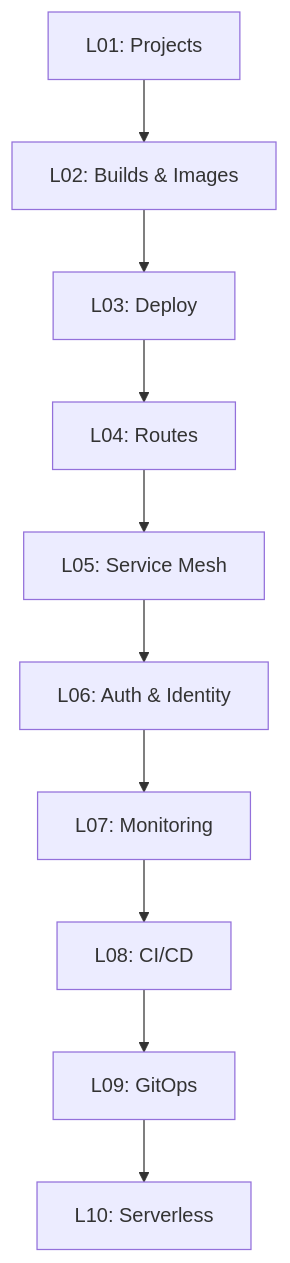
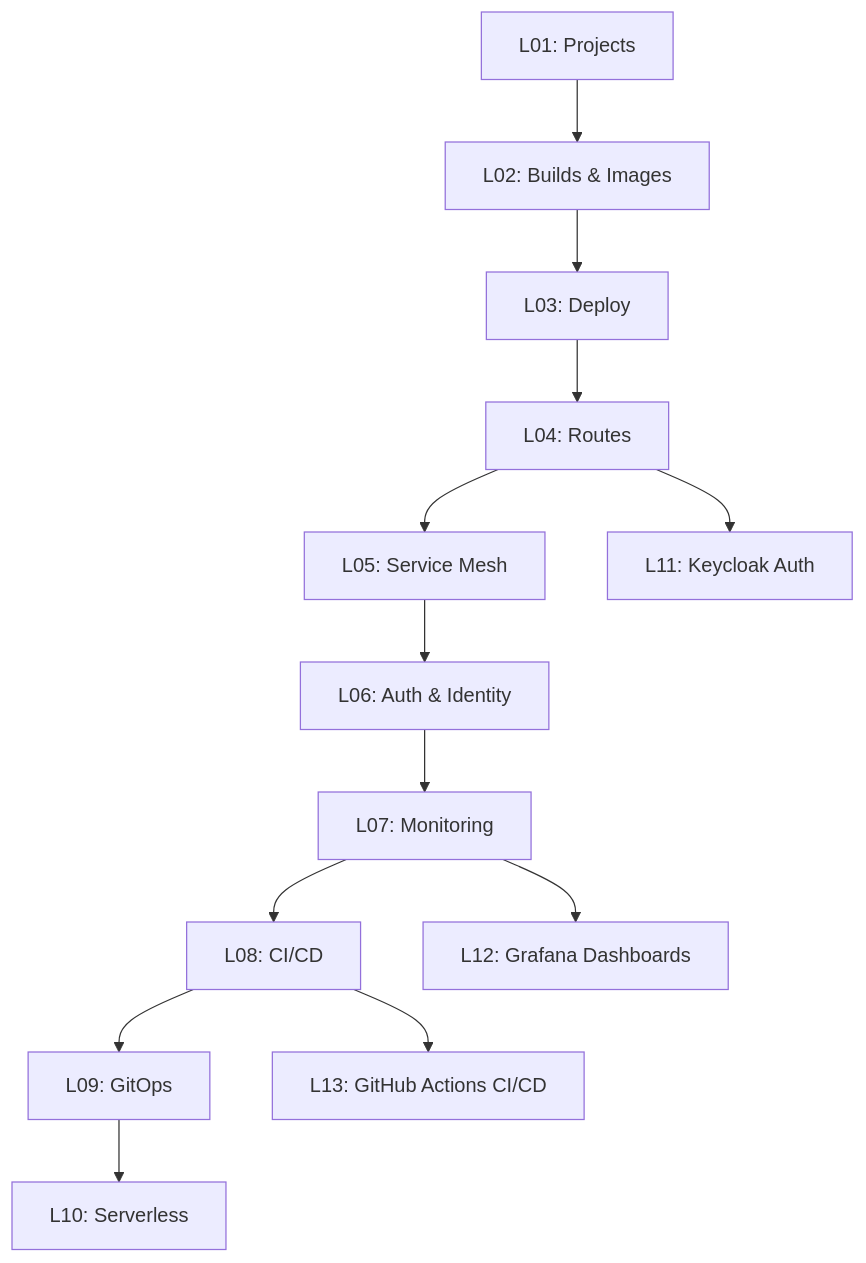
The third of 3 diagrams in README.md (lukaskellerstein/openshift-tutorial), drawn with Mermaid before and after one commit. The commit also changed other lines of this file and 1 other file, not shown here.

````diff
--- a/README.md
+++ b/README.md
@@ -71,12 +71,15 @@
 ```mermaid
 graph TD
     L01[L01: Projects] --> L02[L02: Builds & Images]
     L02 --> L03[L03: Deploy]
     L03 --> L04[L04: Routes]
     L04 --> L05[L05: Service Mesh]
     L05 --> L06[L06: Auth & Identity]
     L06 --> L07[L07: Monitoring]
     L07 --> L08[L08: CI/CD]
     L08 --> L09[L09: GitOps]
     L09 --> L10[L10: Serverless]
+    L04 --> L11[L11: Keycloak Auth]
+    L07 --> L12[L12: Grafana Dashboards]
+    L08 --> L13[L13: GitHub Actions CI/CD]
 ```
````
